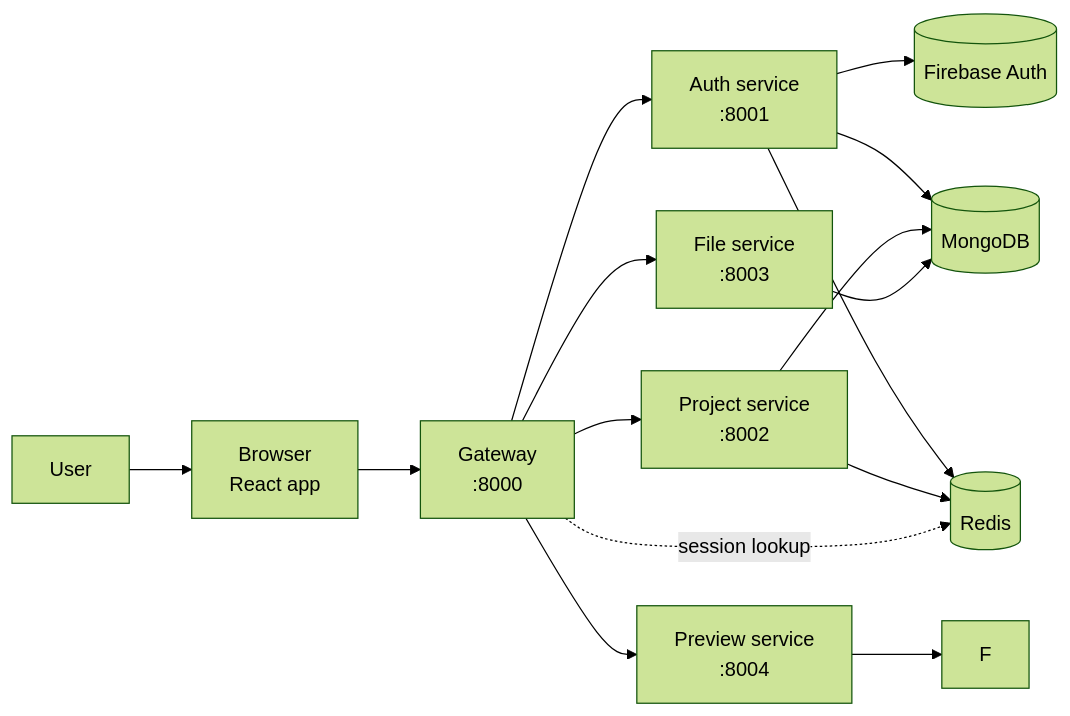
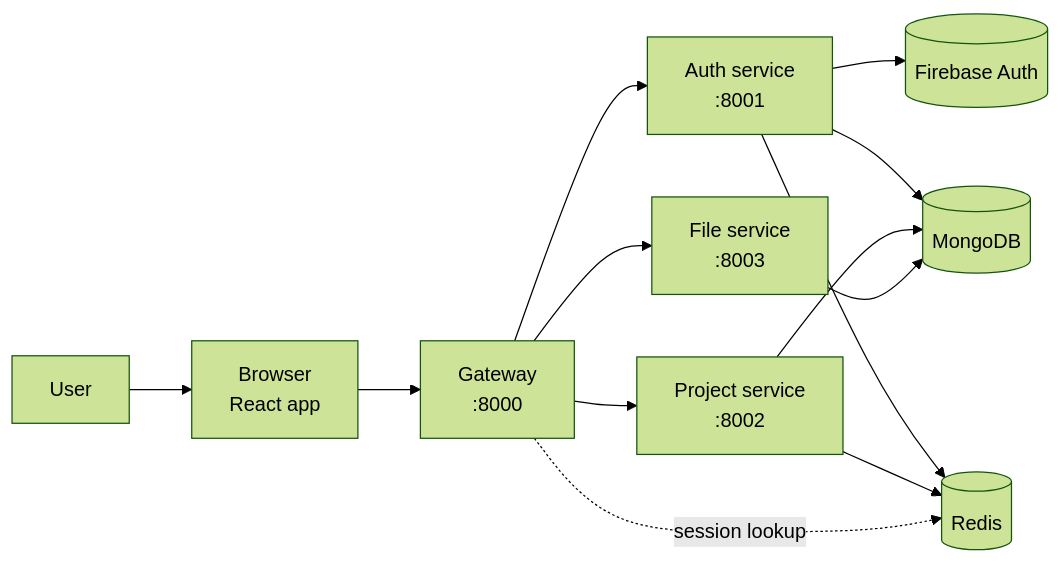
The first of 2 diagrams in docs/README.md (yamanhassan1/NexPulse), drawn with Mermaid (forest theme) before and after one commit. The commit also changed other lines of this file and 57 other files, not shown here.

````diff
--- a/docs/README.md
+++ b/docs/README.md
@@ -17,17 +17,15 @@
 ```mermaid
 flowchart LR
     U["User"] --> B["Browser<br>React app"]
     B --> G["Gateway<br>:8000"]
     G --> A["Auth service<br>:8001"]
     G --> P["Project service<br>:8002"]
     G --> FL["File service<br>:8003"]
-    G --> V["Preview service<br>:8004"]
     A --> FB[("Firebase Auth")]
     A --> M[("MongoDB")]
     A --> R[("Redis")]
     P --> M
     P --> R
     FL --> M
-    V --> F
     G -.->|"session lookup"| R
 ```
````
